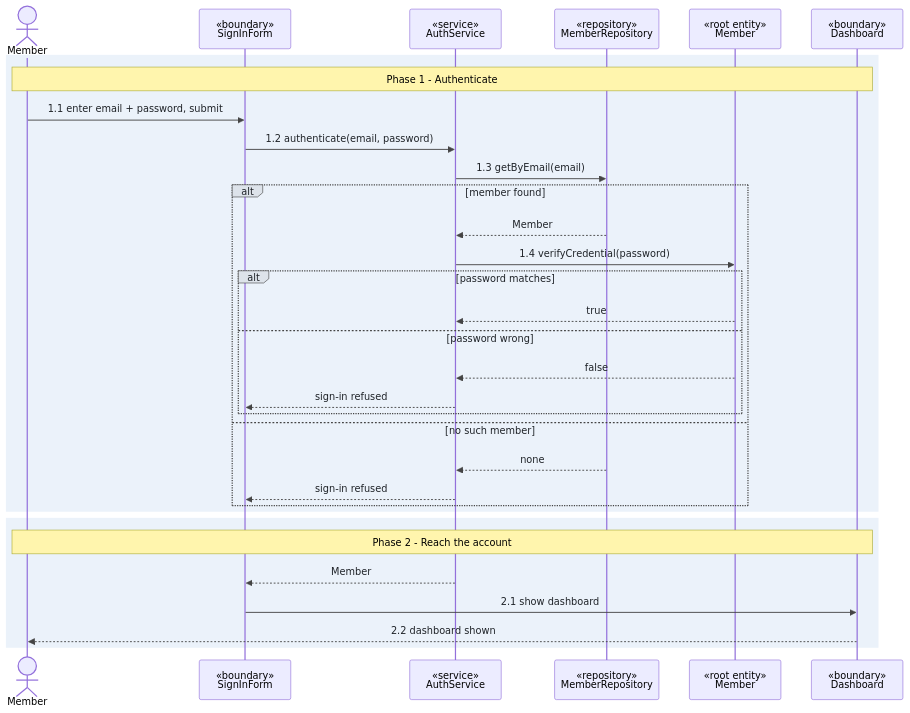
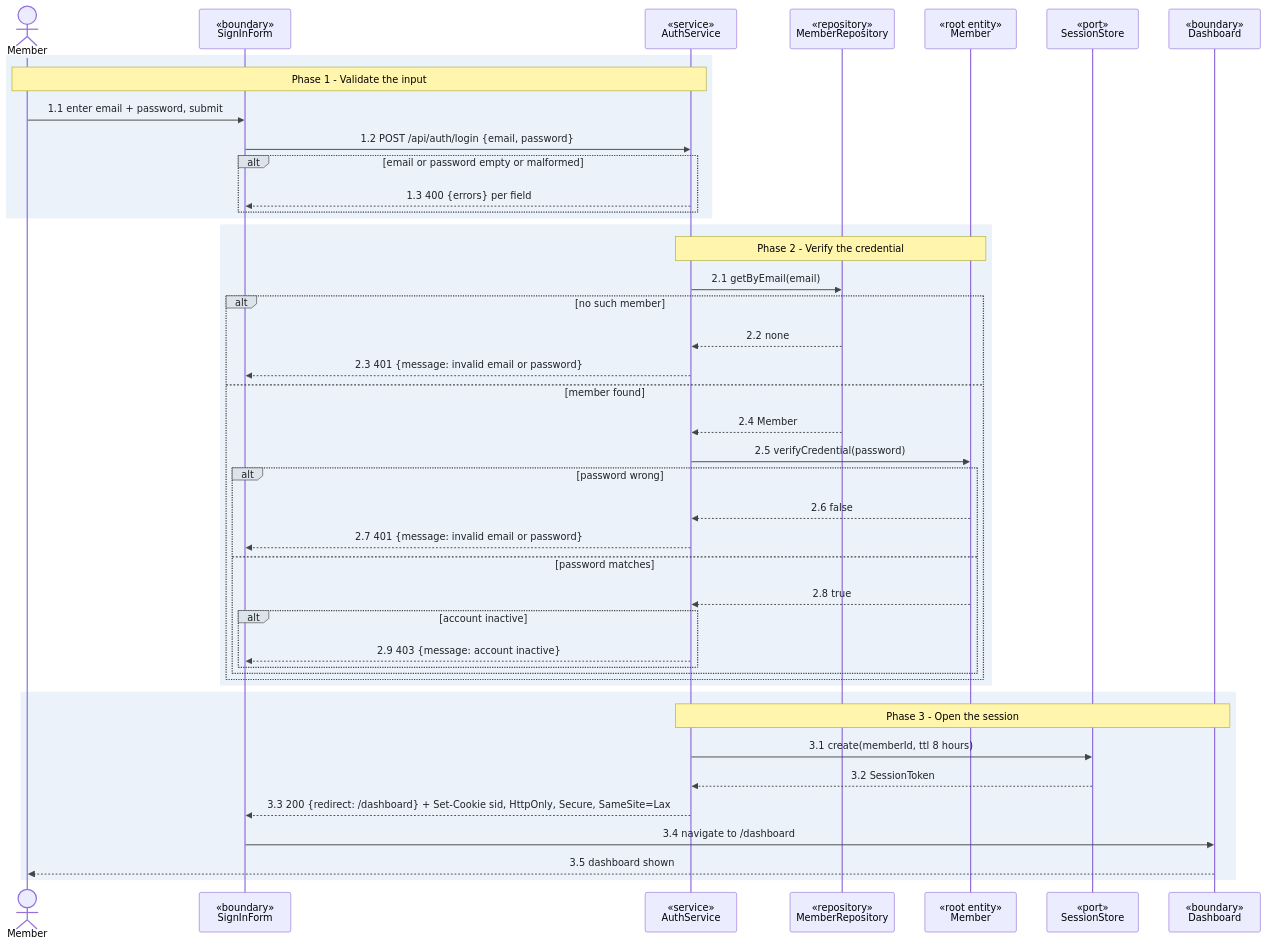
One commit to joisse1101/the-toolbox changed the second of 3 diagrams in planner/test/sample-data/diagrams/sample/sign-in/UC-sign-in.md. Above: the diagram before and after it, drawn with Mermaid. The commit also changed other lines of this file and 4 other files, not shown here.

Commit message:
feat(diagrams): check the design sections, step trace and aggregate boundary

````diff
--- a/planner/test/sample-data/diagrams/sample/sign-in/UC-sign-in.md
+++ b/planner/test/sample-data/diagrams/sample/sign-in/UC-sign-in.md
@@ -117,37 +129,50 @@
 ```mermaid
 %%{init: {'themeVariables': {'signalTextColor':'#1f2328','labelTextColor':'#1f2328','loopTextColor':'#1f2328','signalColor':'#444','labelBoxBkgColor':'#dde3ea','labelBoxBorderColor':'#444'}}}%%
 sequenceDiagram
   actor U as Member
   participant FORM as «boundary»<br/>SignInForm
   participant AUTH as «service»<br/>AuthService
   participant REPO as «repository»<br/>MemberRepository
   participant MEMBER as «root entity»<br/>Member
+  participant SESS as «port»<br/>SessionStore
   participant DASH as «boundary»<br/>Dashboard
 
   rect rgb(235, 242, 250)
-    Note over U,DASH: Phase 1 - Authenticate
+    Note over U,AUTH: Phase 1 - Validate the input
     U->>FORM: 1.1 enter email + password, submit
-    FORM->>AUTH: 1.2 authenticate(email, password)
-    AUTH->>REPO: 1.3 getByEmail(email)
-    alt member found
-      REPO-->>AUTH: Member
-      AUTH->>MEMBER: 1.4 verifyCredential(password)
-      alt password matches
-        MEMBER-->>AUTH: true
-      else password wrong
-        MEMBER-->>AUTH: false
-        AUTH-->>FORM: sign-in refused
-      end
-    else no such member
-      REPO-->>AUTH: none
-      AUTH-->>FORM: sign-in refused
+    FORM->>AUTH: 1.2 POST /api/auth/login {email, password}
+    alt email or password empty or malformed
+      AUTH-->>FORM: 1.3 400 {errors} per field
     end
   end
 
   rect rgb(235, 242, 250)
-    Note over U,DASH: Phase 2 - Reach the account
-    AUTH-->>FORM: Member
-    FORM->>DASH: 2.1 show dashboard
-    DASH-->>U: 2.2 dashboard shown
+    Note over AUTH,MEMBER: Phase 2 - Verify the credential
+    AUTH->>REPO: 2.1 getByEmail(email)
+    alt no such member
+      REPO-->>AUTH: 2.2 none
+      AUTH-->>FORM: 2.3 401 {message: invalid email or password}
+    else member found
+      REPO-->>AUTH: 2.4 Member
+      AUTH->>MEMBER: 2.5 verifyCredential(password)
+      alt password wrong
+        MEMBER-->>AUTH: 2.6 false
+        AUTH-->>FORM: 2.7 401 {message: invalid email or password}
+      else password matches
+        MEMBER-->>AUTH: 2.8 true
+        alt account inactive
+          AUTH-->>FORM: 2.9 403 {message: account inactive}
+        end
+      end
+    end
+  end
+
+  rect rgb(235, 242, 250)
+    Note over AUTH,DASH: Phase 3 - Open the session
+    AUTH->>SESS: 3.1 create(memberId, ttl 8 hours)
+    SESS-->>AUTH: 3.2 SessionToken
+    AUTH-->>FORM: 3.3 200 {redirect: /dashboard} + Set-Cookie sid, HttpOnly, Secure, SameSite=Lax
+    FORM->>DASH: 3.4 navigate to /dashboard
+    DASH-->>U: 3.5 dashboard shown
   end
 ```
````
